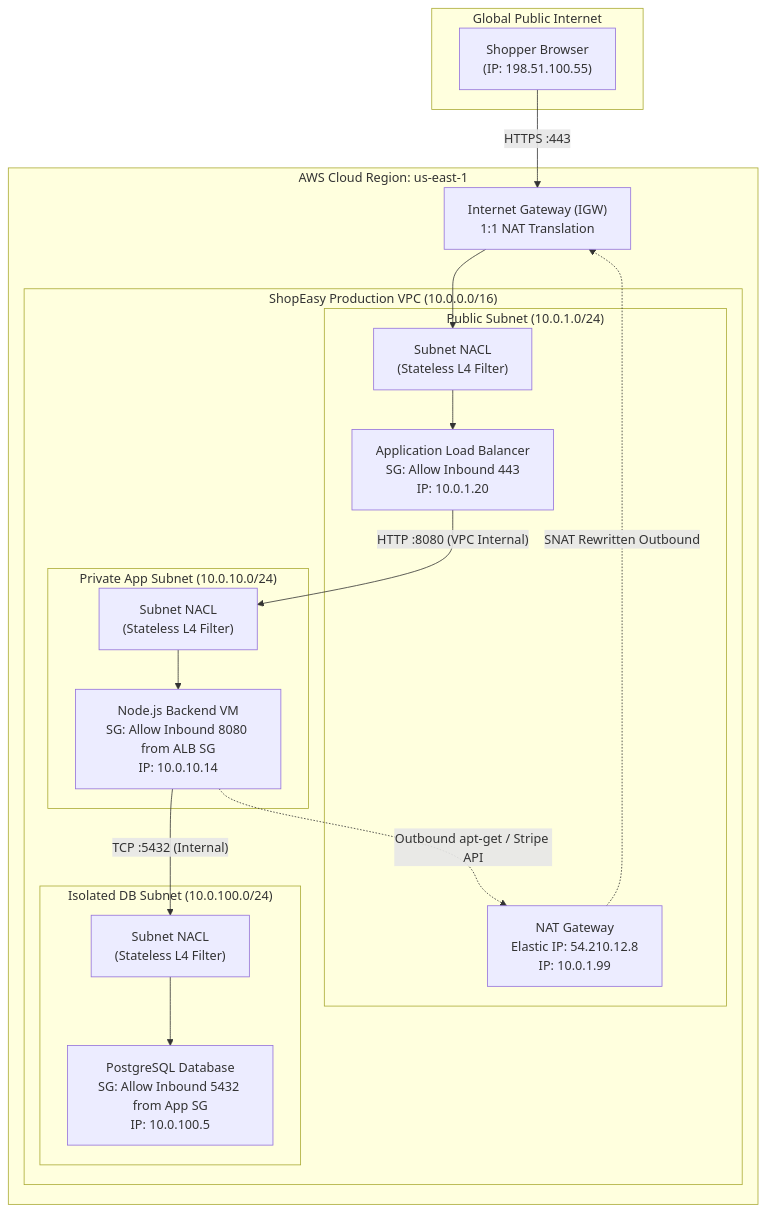
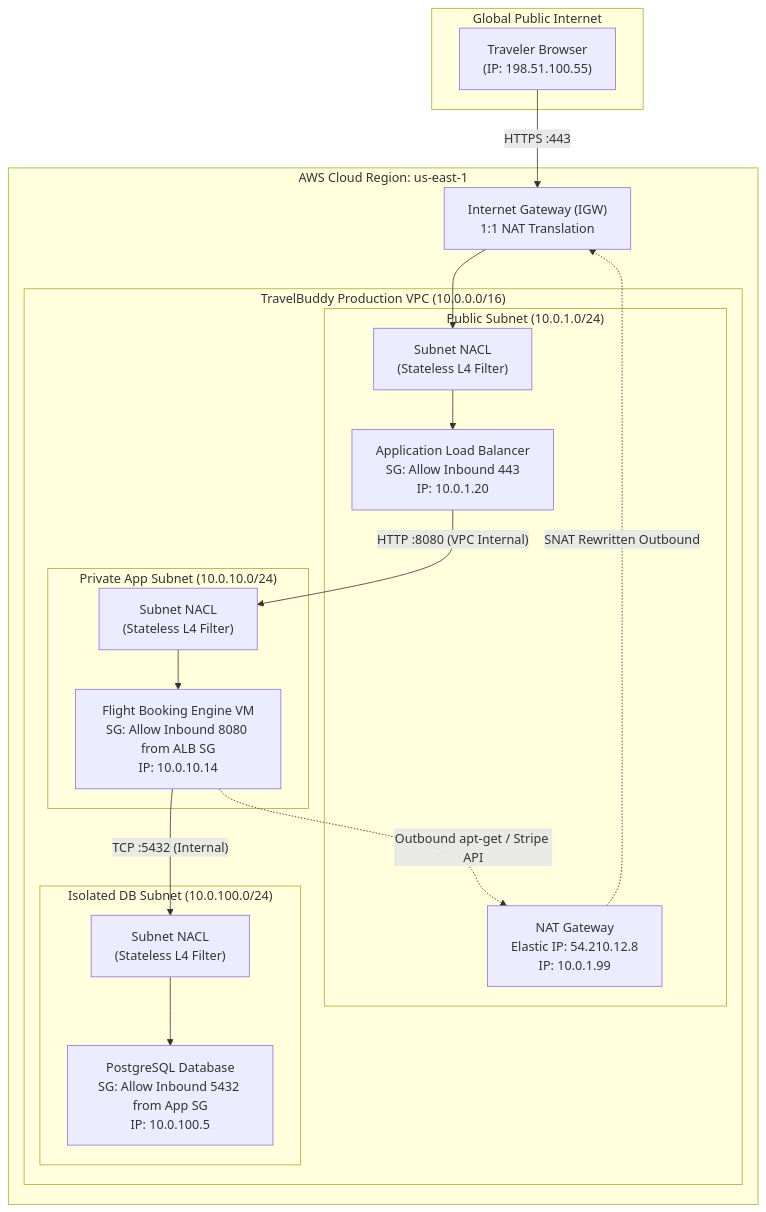
The diagram in content/docs/computer-networking/04-protocols-and-cloud/04-vms-cloud-vpc.mdx (1345AbhishekKumar/cs-cookbook), drawn with Mermaid before and after one commit. The commit also changed other lines of this file and 124 other files, not shown here.

````diff
--- a/content/docs/computer-networking/04-protocols-and-cloud/04-vms-cloud-vpc.mdx
+++ b/content/docs/computer-networking/04-protocols-and-cloud/04-vms-cloud-vpc.mdx
@@ -315,43 +335,43 @@
 ```mermaid
 flowchart TD
     subgraph Internet ["Global Public Internet"]
-        Client["Shopper Browser<br/>(IP: 198.51.100.55)"]
+        Client["Traveler Browser<br/>(IP: 198.51.100.55)"]
     end
 
     subgraph AWS_Cloud ["AWS Cloud Region: us-east-1"]
         IGW["Internet Gateway (IGW)<br/>1:1 NAT Translation"]
 
-        subgraph VPC ["ShopEasy Production VPC (10.0.0.0/16)"]
+        subgraph VPC ["TravelBuddy Production VPC (10.0.0.0/16)"]
 
             subgraph Public_Subnet ["Public Subnet (10.0.1.0/24)"]
                 NACL_Pub["Subnet NACL<br/>(Stateless L4 Filter)"]
                 ALB["Application Load Balancer<br/>SG: Allow Inbound 443<br/>IP: 10.0.1.20"]
                 NATGW["NAT Gateway<br/>Elastic IP: 54.210.12.8<br/>IP: 10.0.1.99"]
             end
 
             subgraph Private_App_Subnet ["Private App Subnet (10.0.10.0/24)"]
                 NACL_App["Subnet NACL<br/>(Stateless L4 Filter)"]
-                AppVM["Node.js Backend VM<br/>SG: Allow Inbound 8080 from ALB SG<br/>IP: 10.0.10.14"]
+                AppVM["Flight Booking Engine VM<br/>SG: Allow Inbound 8080 from ALB SG<br/>IP: 10.0.10.14"]
             end
 
             subgraph Isolated_DB_Subnet ["Isolated DB Subnet (10.0.100.0/24)"]
                 NACL_DB["Subnet NACL<br/>(Stateless L4 Filter)"]
                 RDS["PostgreSQL Database<br/>SG: Allow Inbound 5432 from App SG<br/>IP: 10.0.100.5"]
             end
 
         end
     end
 
     %% Ingress Flow
     Client -->|"HTTPS :443"| IGW
     IGW --> NACL_Pub
     NACL_Pub --> ALB
     ALB -->|"HTTP :8080 (VPC Internal)"| NACL_App
     NACL_App --> AppVM
     AppVM -->|"TCP :5432 (Internal)"| NACL_DB
     NACL_DB --> RDS
 
     %% Egress Update Flow via NAT-GW
     AppVM -.->|"Outbound apt-get / Stripe API"| NATGW
     NATGW -.->|"SNAT Rewritten Outbound"| IGW
 ```
````
